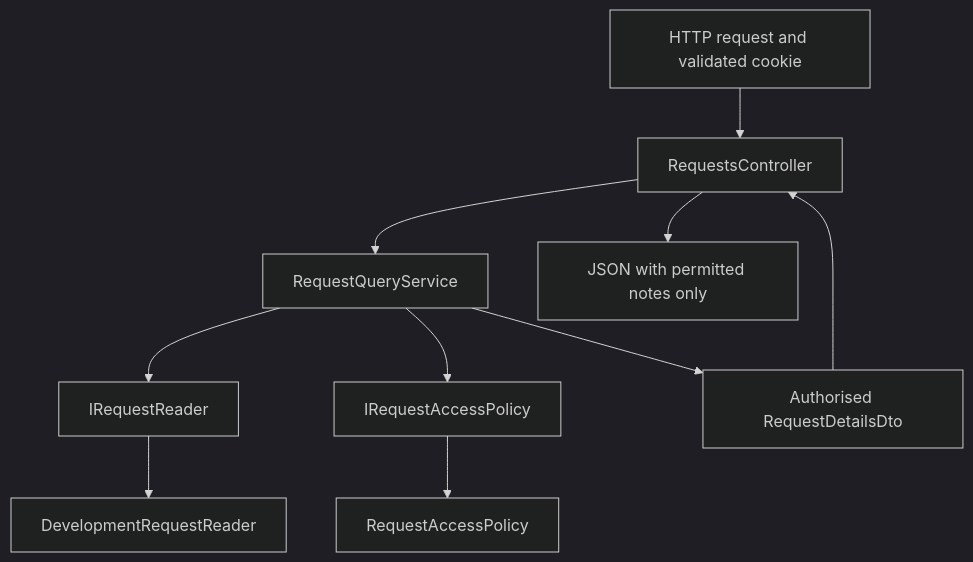
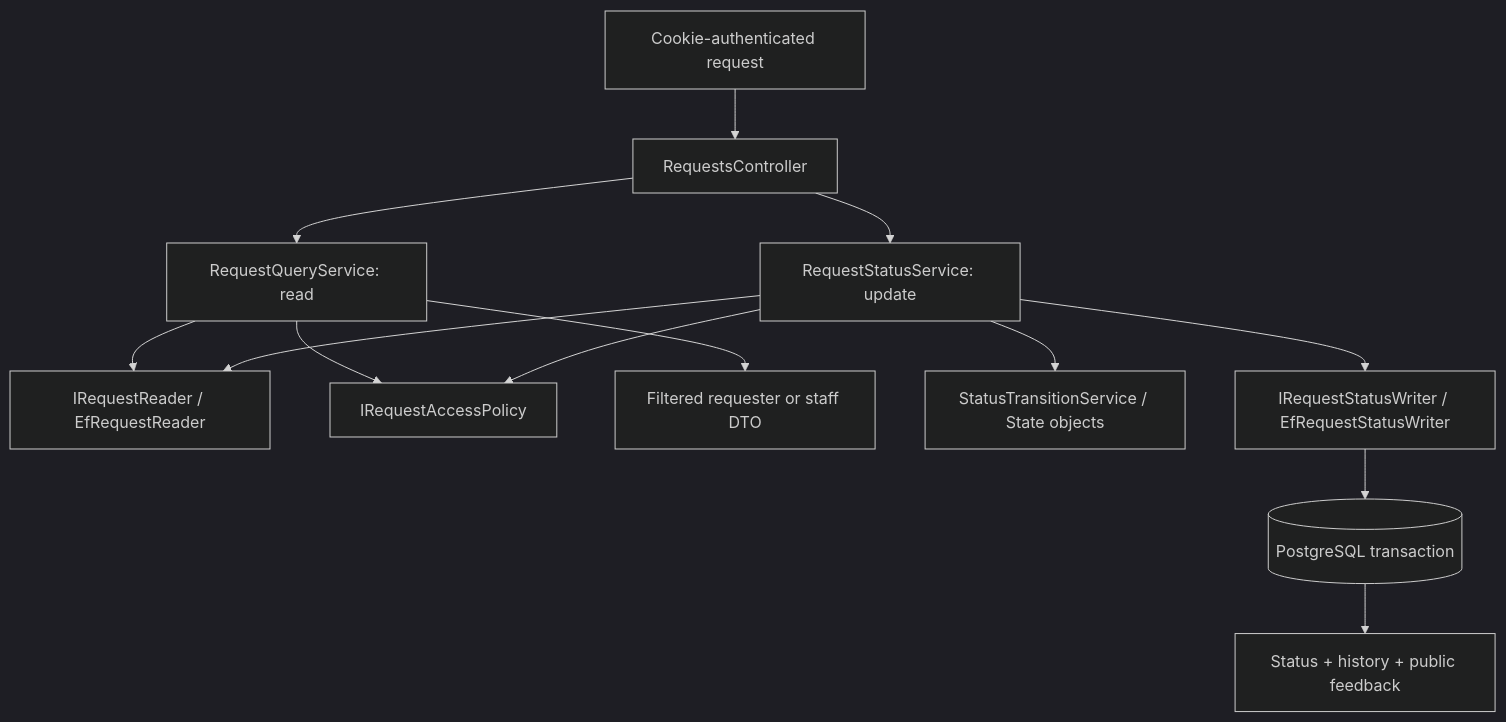
One commit to Michael-Ellis819/Virtual_Group_K_SEN381_Project changed the diagram in docs/design.md. Above: the diagram before and after it, drawn with Mermaid (dark theme). The commit also changed other lines of this file and 36 other files, not shown here.

````diff
--- a/docs/design.md
+++ b/docs/design.md
@@ -5,12 +5,15 @@
 ```mermaid
 flowchart TD
-    HTTP[HTTP request and validated cookie] --> C[RequestsController]
-    C --> S[RequestQueryService]
-    S --> R[IRequestReader]
-    R --> D[DevelopmentRequestReader]
-    S --> P[IRequestAccessPolicy]
-    P --> A[RequestAccessPolicy]
-    S --> DTO[Authorised RequestDetailsDto]
-    DTO --> C
-    C --> JSON[JSON with permitted notes only]
+    HTTP[Cookie-authenticated request] --> C[RequestsController]
+    C --> Q[RequestQueryService: read]
+    Q --> R[IRequestReader / EfRequestReader]
+    Q --> P[IRequestAccessPolicy]
+    Q --> DTO[Filtered requester or staff DTO]
+    C --> S[RequestStatusService: update]
+    S --> R
+    S --> P
+    S --> T[StatusTransitionService / State objects]
+    S --> W[IRequestStatusWriter / EfRequestStatusWriter]
+    W --> DB[(PostgreSQL transaction)]
+    DB --> H[Status + history + public feedback]
 ```
````
